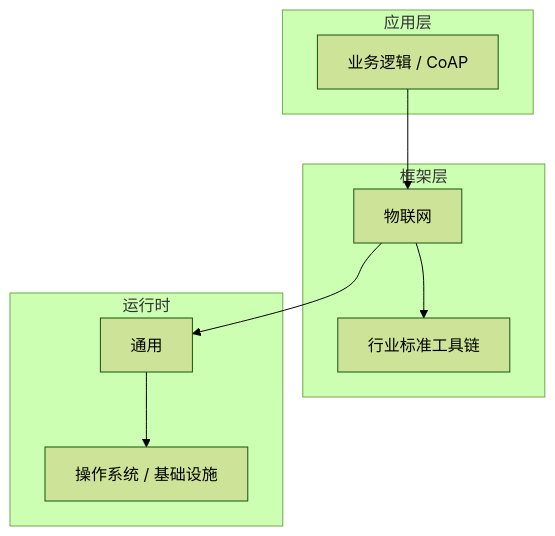
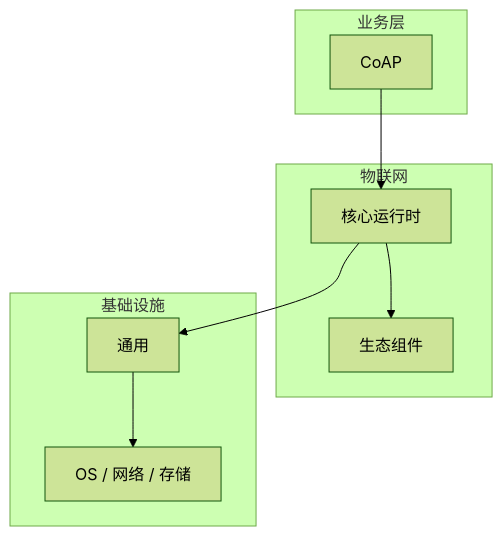
One commit to yanggan2015/knowledge-json-v2 changed the diagram in articles/物联网/chapters/026-CoAP核心概念与原理.md. Above: the diagram before and after it, drawn with Mermaid (forest theme). The commit also changed other lines of this file and 10127 other files, not shown here.

````diff
--- a/articles/物联网/chapters/026-CoAP核心概念与原理.md
+++ b/articles/物联网/chapters/026-CoAP核心概念与原理.md
@@ -45,18 +30,18 @@
 ```mermaid
 graph TB
-    subgraph 应用层
-        A[业务逻辑 / CoAP]
+    subgraph 业务层
+        A[CoAP]
     end
-    subgraph 框架层
-        B[物联网]
-        C[行业标准工具链]
+    subgraph 物联网
+        B[核心运行时]
+        C[生态组件]
     end
-    subgraph 运行时
+    subgraph 基础设施
         D[通用]
-        E[操作系统 / 基础设施]
+        E[OS / 网络 / 存储]
     end
     A --> B
     B --> C
     B --> D
     D --> E
 ```
````
